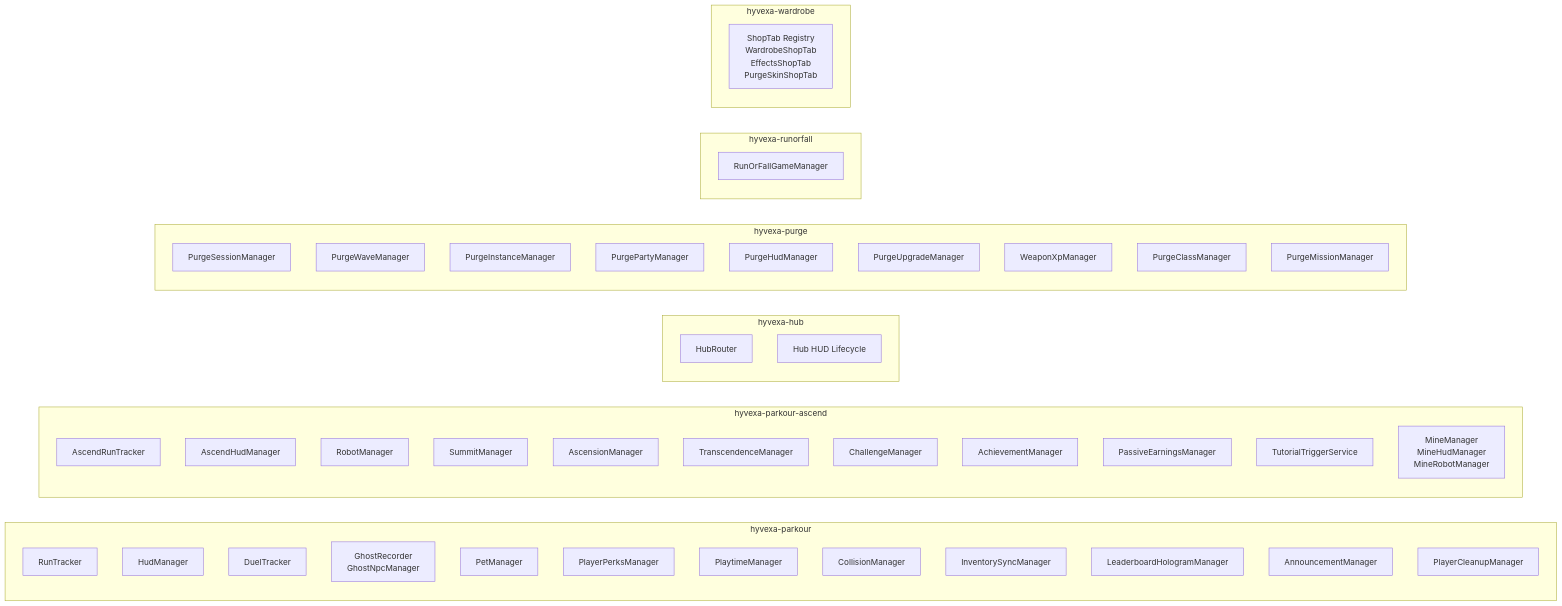
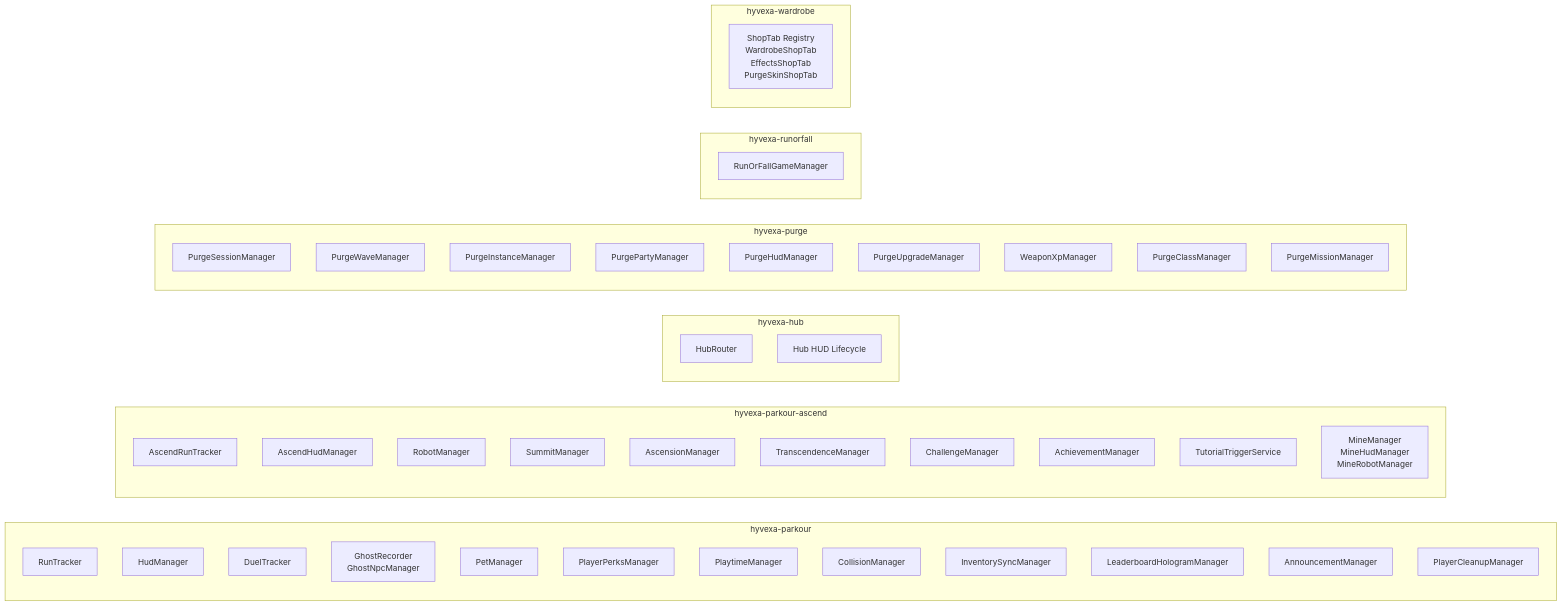
One commit to MoulinLouis/Hyzone changed the third of 13 diagrams in docs/ARCHITECTURE_DIAGRAMS.md. Above: the diagram before and after it, drawn with Mermaid. The commit also changed 20 other files, not shown here.

First line of the commit message:
refactor(ascend): remove offline/passive earnings system entirely

````diff
--- a/docs/ARCHITECTURE_DIAGRAMS.md
+++ b/docs/ARCHITECTURE_DIAGRAMS.md
@@ -98,56 +98,55 @@
 ```mermaid
 graph LR
     subgraph PARKOUR["hyvexa-parkour"]
         P_RT[RunTracker]
         P_HUD[HudManager]
         P_DUEL[DuelTracker]
         P_GHOST[GhostRecorder<br>GhostNpcManager]
         P_PET[PetManager]
         P_PERKS[PlayerPerksManager]
         P_PLAY[PlaytimeManager]
         P_COL[CollisionManager]
         P_INV[InventorySyncManager]
         P_LB[LeaderboardHologramManager]
         P_ANN[AnnouncementManager]
         P_CLEAN[PlayerCleanupManager]
     end
 
     subgraph ASCEND["hyvexa-parkour-ascend"]
         A_RT[AscendRunTracker]
         A_HUD[AscendHudManager]
         A_ROB[RobotManager]
         A_SUM[SummitManager]
         A_ASC[AscensionManager]
         A_TRA[TranscendenceManager]
         A_CHL[ChallengeManager]
         A_ACH[AchievementManager]
-        A_PAS[PassiveEarningsManager]
         A_TUT[TutorialTriggerService]
         A_MINE[MineManager<br>MineHudManager<br>MineRobotManager]
     end
 
     subgraph HUB_MOD["hyvexa-hub"]
         H_ROUTER[HubRouter]
         H_HUD[Hub HUD Lifecycle]
     end
 
     subgraph PURGE_MOD["hyvexa-purge"]
         PU_SESS[PurgeSessionManager]
         PU_WAVE[PurgeWaveManager]
         PU_INST[PurgeInstanceManager]
         PU_PARTY[PurgePartyManager]
         PU_HUD[PurgeHudManager]
         PU_UPG[PurgeUpgradeManager]
         PU_WXP[WeaponXpManager]
         PU_CLS[PurgeClassManager]
         PU_MIS[PurgeMissionManager]
     end
 
     subgraph ROF_MOD["hyvexa-runorfall"]
         R_GM[RunOrFallGameManager]
     end
 
     subgraph WARD_MOD["hyvexa-wardrobe"]
         W_TABS[ShopTab Registry<br>WardrobeShopTab<br>EffectsShopTab<br>PurgeSkinShopTab]
     end
 ```
````
